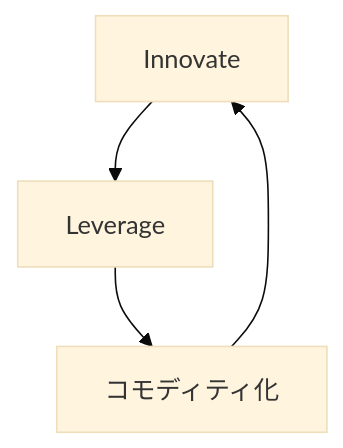
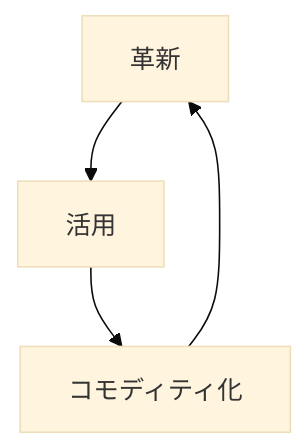
Before and after one commit to wardley-leadership-strategies-ja/wardley-leadership-strategies-ja.github.io: the diagram in docs/strategies/ecosystem/innovate-leverage-commoditize/index.md, drawn with Mermaid (base theme). The commit also changed other lines of this file and 10 other files, not shown here.

````diff
--- a/docs/strategies/ecosystem/innovate-leverage-commoditize/index.md
+++ b/docs/strategies/ecosystem/innovate-leverage-commoditize/index.md
@@ -67,8 +67,8 @@
 ```mermaid
 flowchart TD
-  Innovate --> Leverage
-  Leverage --> コモディティ化
-  コモディティ化 --> Innovate
+  innovate["革新"] --> leverage["活用"]
+  leverage --> commoditize["コモディティ化"]
+  commoditize --> innovate
 
-  class Innovate,Leverage,コモディティ化 phase
+  class innovate,leverage,commoditize phase
 ```
````
